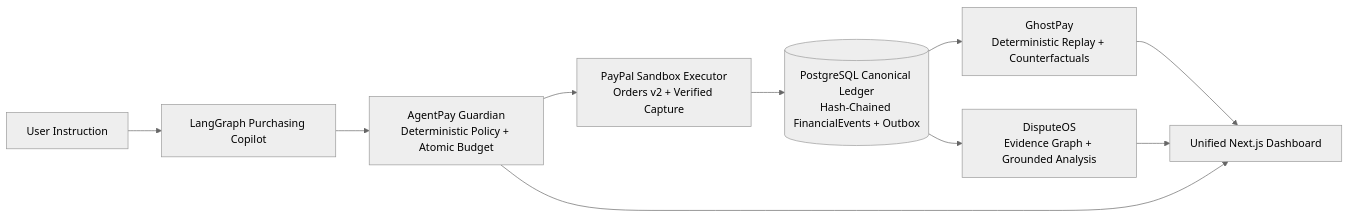
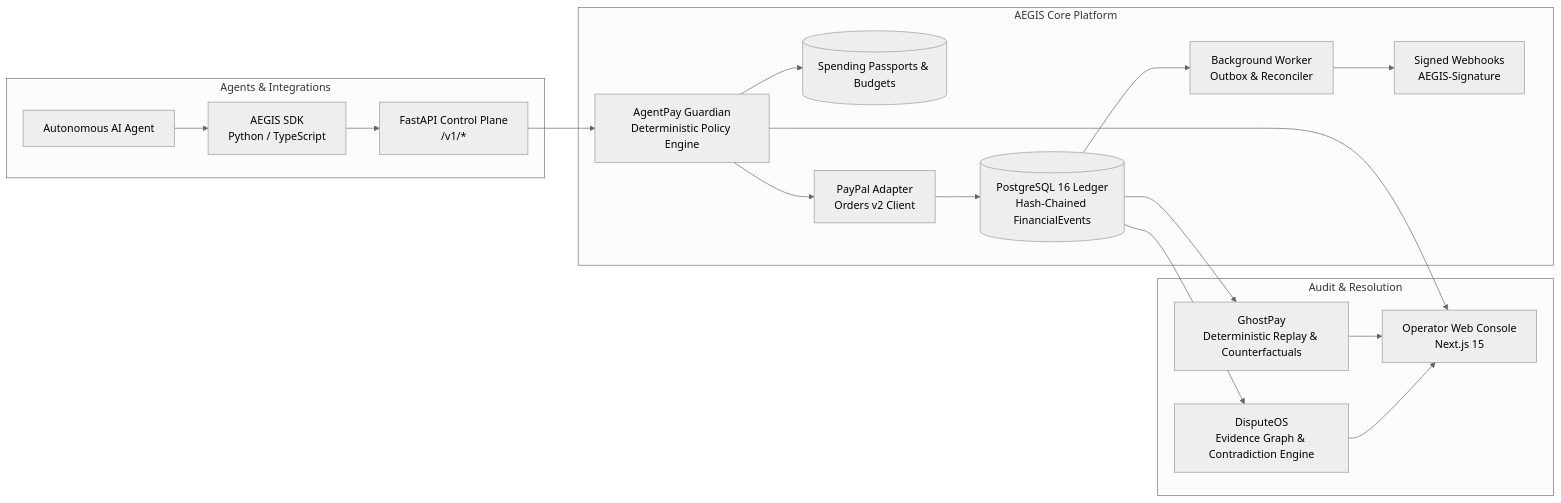
Before and after one commit to abhinav29102005/aegis: the diagram in README.md, drawn with Mermaid (neutral theme). The commit also changed other lines of this file and 65 other files, not shown here.

````diff
--- a/README.md
+++ b/README.md
@@ -21,12 +32,24 @@
 ```mermaid
 flowchart LR
-    U[User Instruction] --> LG[LangGraph Purchasing Copilot]
-    LG --> G[AgentPay Guardian<br/>Deterministic Policy + Atomic Budget]
-    G --> PP[PayPal Sandbox Executor<br/>Orders v2 + Verified Capture]
-    PP --> L[(PostgreSQL Canonical Ledger<br/>Hash-Chained FinancialEvents + Outbox)]
-    L --> GP[GhostPay<br/>Deterministic Replay + Counterfactuals]
-    L --> DO[DisputeOS<br/>Evidence Graph + Grounded Analysis]
-    GP --> UI[Unified Next.js Dashboard]
-    DO --> UI
-    G --> UI
+    subgraph Client["Agents & Integrations"]
+        A[Autonomous AI Agent] --> SDK[AEGIS SDK<br/>Python / TypeScript]
+        SDK --> API[FastAPI Control Plane<br/>/v1/*]
+    end
+
+    subgraph Core["AEGIS Core Platform"]
+        API --> G[AgentPay Guardian<br/>Deterministic Policy Engine]
+        G --> P[(Spending Passports & Budgets)]
+        G --> PP[PayPal Adapter<br/>Orders v2 Client]
+        PP --> DB[(PostgreSQL 16 Ledger<br/>Hash-Chained FinancialEvents)]
+        DB --> W[Background Worker<br/>Outbox & Reconciler]
+        W --> WH[Signed Webhooks<br/>AEGIS-Signature]
+    end
+
+    subgraph Forensic["Audit & Resolution"]
+        DB --> GP[GhostPay<br/>Deterministic Replay & Counterfactuals]
+        DB --> DO[DisputeOS<br/>Evidence Graph & Contradiction Engine]
+        GP --> UI[Operator Web Console<br/>Next.js 15]
+        DO --> UI
+        G --> UI
+    end
 ```
````
